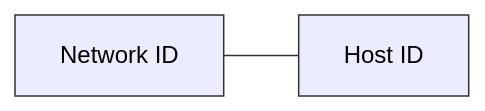
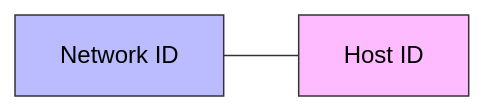
One commit to PanagopoulosNikolaos/DitOpenNotes changed the second of 6 diagrams in Year_1/Semester_2/NETWORKING/Resources/Notes/4. Internet Layer.md. Above: the diagram before and after it, drawn with Mermaid. The commit also changed other lines of this file and 61 other files, not shown here.

````diff
--- a/Year_1/Semester_2/NETWORKING/Resources/Notes/4. Internet Layer.md
+++ b/Year_1/Semester_2/NETWORKING/Resources/Notes/4. Internet Layer.md
@@ -35,6 +35,6 @@
 ```Mermaid
 graph LR
     A[Network ID] --- B[Host ID]
-    style A fill:\#bbf,stroke:#333,color:#000
-    style B fill:\#fbf,stroke:#333,color:#000
+    style A fill:#bbf,stroke:#333,color:#000
+    style B fill:#fbf,stroke:#333,color:#000
 ```
````
